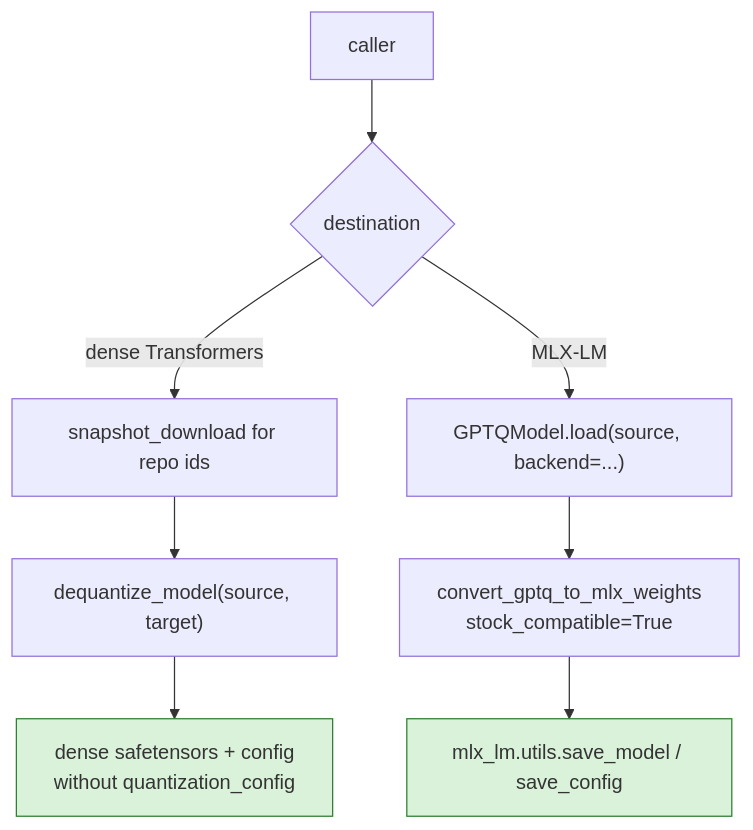
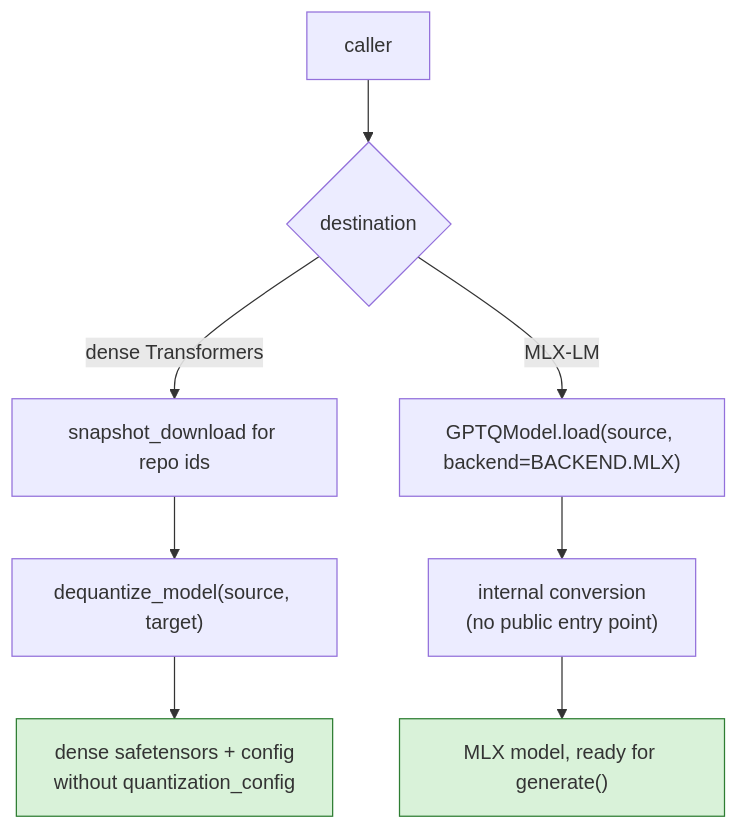
Before and after one commit to ModelCloud/GPTQModel: diagram 11 of 16 in docs/checkpoint-interop.md, drawn with Mermaid. The commit also changed other lines of this file and 9 other files, not shown here.

````diff
--- a/docs/checkpoint-interop.md
+++ b/docs/checkpoint-interop.md
@@ -370,12 +370,12 @@
 ```mermaid
 flowchart TD
     S["caller"] --> Q{"destination"}
     Q -- "dense Transformers" --> R["snapshot_download for repo ids"]
     R --> T["dequantize_model(source, target)"]
     T --> U["dense safetensors + config<br/>without quantization_config"]
-    Q -- "MLX-LM" --> V["GPTQModel.load(source, backend=...)"]
-    V --> W["convert_gptq_to_mlx_weights<br/>stock_compatible=True"]
-    W --> Y["mlx_lm.utils.save_model / save_config"]
+    Q -- "MLX-LM" --> V["GPTQModel.load(source, backend=BACKEND.MLX)"]
+    V --> W["internal conversion<br/>(no public entry point)"]
+    W --> Y["MLX model, ready for generate()"]
     style U fill:#d9f2d9,stroke:#2e7d32
     style Y fill:#d9f2d9,stroke:#2e7d32
 ```
````
